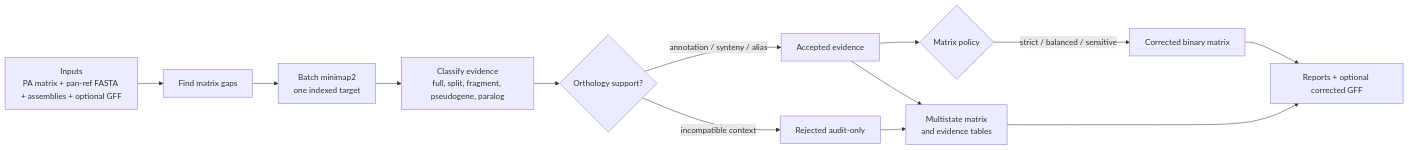
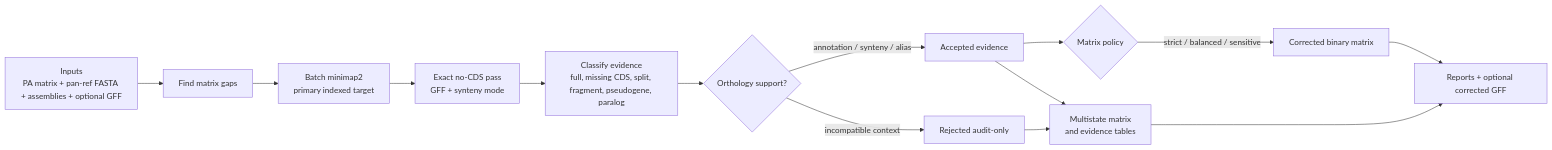
One commit to PathoGenOmics-Lab/recore changed the diagram in README.md. Above: the diagram before and after it, drawn with Mermaid. The commit also changed other lines of this file and 7 other files, not shown here.

Commit message:
Detect missing CDS annotation rescues

````diff
--- a/README.md
+++ b/README.md
@@ -101,15 +101,16 @@
 ```mermaid
 flowchart LR
     A["Inputs<br/>PA matrix + pan-ref FASTA + assemblies + optional GFF"] --> B["Find matrix gaps"]
-    B --> C["Batch minimap2<br/>one indexed target"]
-    C --> D["Classify evidence<br/>full, split, fragment, pseudogene, paralog"]
+    B --> C["Batch minimap2<br/>primary indexed target"]
+    C --> C2["Exact no-CDS pass<br/>GFF + synteny mode"]
+    C2 --> D["Classify evidence<br/>full, missing CDS, split, fragment, pseudogene, paralog"]
     D --> E{"Orthology support?"}
     E -->|annotation / synteny / alias| F["Accepted evidence"]
     E -->|incompatible context| G["Rejected audit-only"]
     F --> H{"Matrix policy"}
     H -->|strict / balanced / sensitive| I["Corrected binary matrix"]
     F --> J["Multistate matrix<br/>and evidence tables"]
     G --> J
     I --> K["Reports + optional corrected GFF"]
     J --> K
 ```
````
